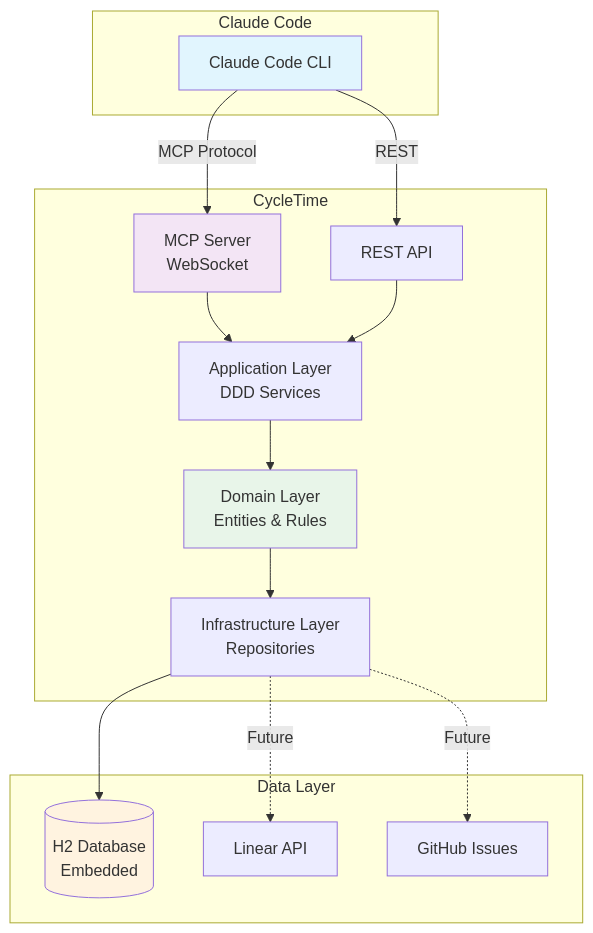
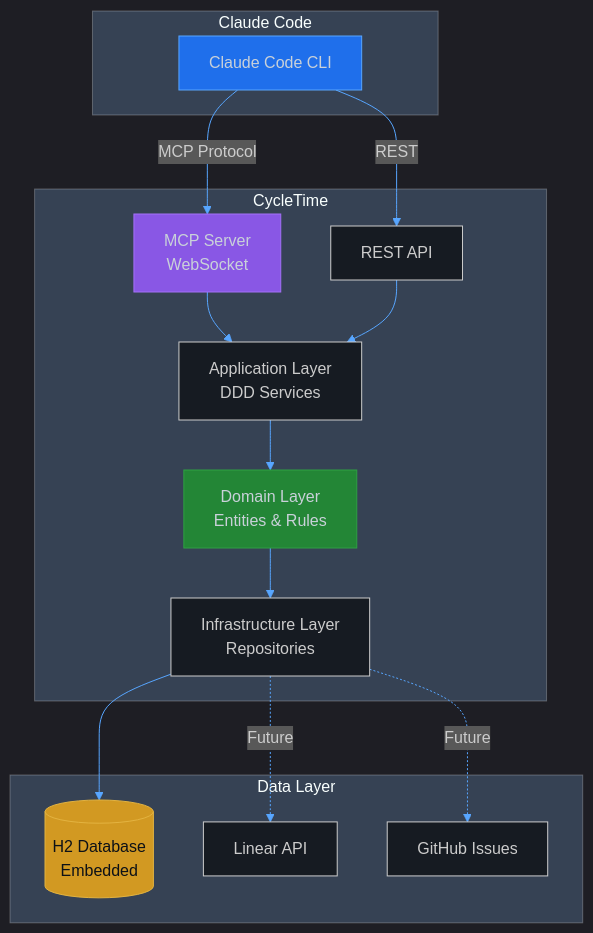
The diagram in docs/reference/PRD.md (spiralhouse/cycletime), drawn with Mermaid before and after one commit.

Commit message:
refactor(docs): apply dark mode to High-Level Architecture diagram (SPI-649)
Complete dark mode optimization by updating the PRD.md architecture diagram
that was missed in the previous dark mode commit.

Applies consistent GitHub dark mode color palette:
- Claude Code layer: Blue (#1f6feb)
- MCP Server layer: Purple (#8957e5)
- Domain layer: Green (#238636)
- H2 Database: Amber (#d29922)

Ensures all 14 diagrams across the Architecture documentation revision
are optimized for dark mode viewing.

🤖 Generated with [Claude Code](https://claude.com/claude-code)

````diff
--- a/docs/reference/PRD.md
+++ b/docs/reference/PRD.md
@@ -383,35 +383,36 @@
 ```mermaid
+%%{init: {'theme':'dark', 'themeVariables': {'darkMode':true, 'background':'#0d1117', 'mainBkg':'#161b22', 'secondBkg':'#21262d', 'lineColor':'#58a6ff', 'primaryColor':'#58a6ff', 'primaryTextColor':'#c9d1d9', 'primaryBorderColor':'#30363d'}}}%%
 graph TB
     subgraph "Claude Code"
         CC[Claude Code CLI]
     end
 
     subgraph "CycleTime"
         MCP[MCP Server<br/>WebSocket]
         API[REST API]
         APP[Application Layer<br/>DDD Services]
         DOMAIN[Domain Layer<br/>Entities & Rules]
         INFRA[Infrastructure Layer<br/>Repositories]
     end
 
     subgraph "Data Layer"
         H2[(H2 Database<br/>Embedded)]
         LINEAR[Linear API]
         GITHUB[GitHub Issues]
     end
 
     CC -->|MCP Protocol| MCP
     CC -->|REST| API
     MCP --> APP
     API --> APP
     APP --> DOMAIN
     DOMAIN --> INFRA
     INFRA --> H2
     INFRA -.->|Future| LINEAR
     INFRA -.->|Future| GITHUB
 
-    style CC fill:#e1f5fe
-    style MCP fill:#f3e5f5
-    style DOMAIN fill:#e8f5e9
-    style H2 fill:#fff3e0
+    style CC fill:#1f6feb,stroke:#58a6ff,color:#c9d1d9
+    style MCP fill:#8957e5,stroke:#a371f7,color:#c9d1d9
+    style DOMAIN fill:#238636,stroke:#2ea043,color:#c9d1d9
+    style H2 fill:#d29922,stroke:#e3b341,color:#0d1117
 ```
````
